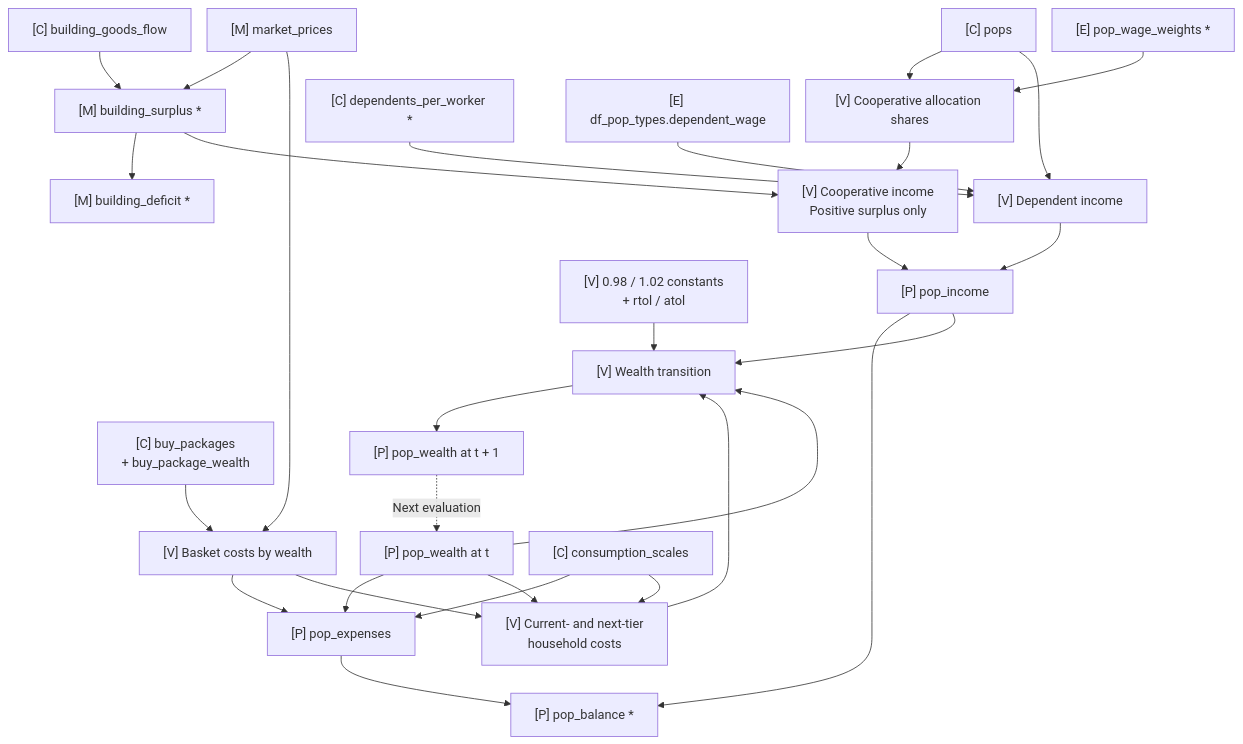
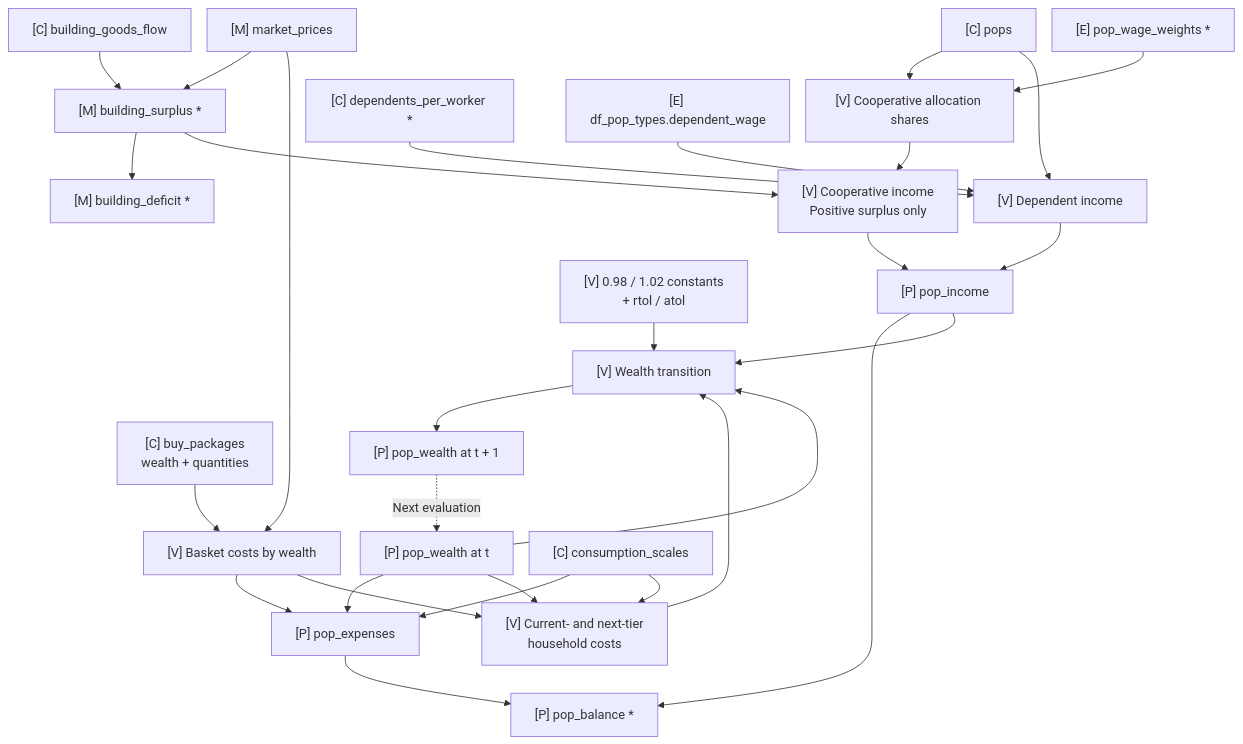
The third of 4 diagrams in docs/design/economy-dependencies.md (ShabbyGayBar/victoria3-analysis), drawn with Mermaid before and after one commit. The commit also changed other lines of this file and 13 other files, not shown here.

Commit message:
refactor: Refactor buy packages into an immutable value object

````diff
--- a/docs/design/economy-dependencies.md
+++ b/docs/design/economy-dependencies.md
@@ -184,60 +189,60 @@
 ```mermaid
 ---
 config:
   flowchart:
     useMaxWidth: false
     nodeSpacing: 20
     rankSpacing: 35
   themeCSS: |
     .node.model rect { fill: var(--vic3-owner-economy) !important; }
     .node.context rect { fill: var(--vic3-owner-context) !important; }
     .node.market rect { fill: var(--vic3-owner-market) !important; }
     .node.household rect { fill: var(--vic3-owner-pop) !important; }
     .node.variable rect { fill: var(--vic3-owner-variable) !important; }
     .node rect { stroke: var(--vic3-owner-border) !important; }
     .nodeLabel { color: var(--vic3-owner-text) !important; }
     .flowchart-link { stroke: var(--vic3-owner-edge) !important; }
     marker path { fill: var(--vic3-owner-edge) !important; stroke: var(--vic3-owner-edge) !important; }
     .edgeLabel, .edgeLabel p { color: var(--vic3-owner-text) !important; background: var(--md-default-bg-color) !important; }
 ---
 flowchart TD
     F["[C] building_goods_flow"]:::context --> SUR["[M] building_surplus *"]:::market
     PRICE["[M] market_prices"]:::market --> SUR
     SUR --> DEF["[M] building_deficit *"]:::market
 
     N["[C] pops"]:::context --> SH["[V] Cooperative allocation shares"]:::variable
     WW["[E] pop_wage_weights *"]:::model --> SH
 
     SUR --> CI["[V] Cooperative income<br/>Positive surplus only"]:::variable
     SH --> CI
 
     N --> DI["[V] Dependent income"]:::variable
     D["[C] dependents_per_worker *"]:::context --> DI
     DW["[E] df_pop_types.dependent_wage"]:::model --> DI
 
     CI --> INC["[P] pop_income"]:::household
     DI --> INC
 
-    Q["[C] buy_packages<br/>+ buy_package_wealth"]:::context --> BC["[V] Basket costs by wealth"]:::variable
+    Q["[C] buy_packages<br/>wealth + quantities"]:::context --> BC["[V] Basket costs by wealth"]:::variable
     PRICE --> BC
 
     BC --> EXP["[P] pop_expenses"]:::household
     W["[P] pop_wealth at t"]:::household --> EXP
     SC["[C] consumption_scales"]:::context --> EXP
 
     INC --> BAL["[P] pop_balance *"]:::household
     EXP --> BAL
 
     BC --> COSTS["[V] Current- and next-tier<br/>household costs"]:::variable
     W --> COSTS
     SC --> COSTS
 
     COSTS --> RULE["[V] Wealth transition"]:::variable
     INC --> RULE
     W --> RULE
     TH["[V] 0.98 / 1.02 constants<br/>+ rtol / atol"]:::variable --> RULE
 
     RULE --> NW["[P] pop_wealth at t + 1"]:::household
     NW -. "Next evaluation" .-> W
 
 ```
````
